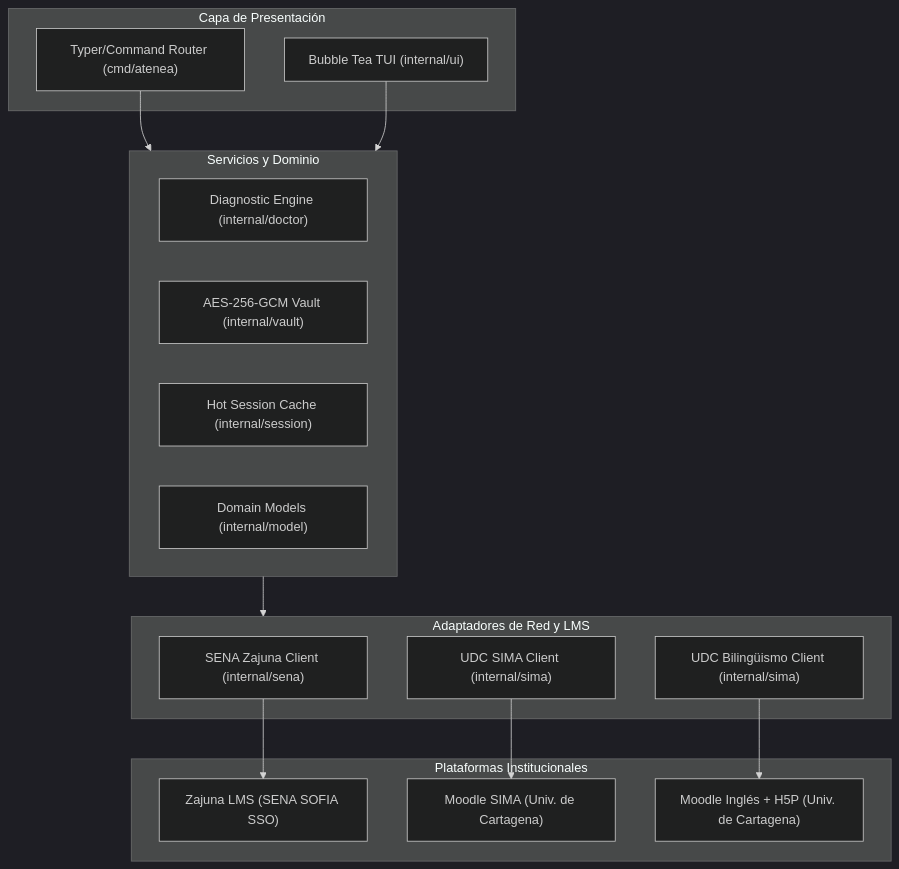
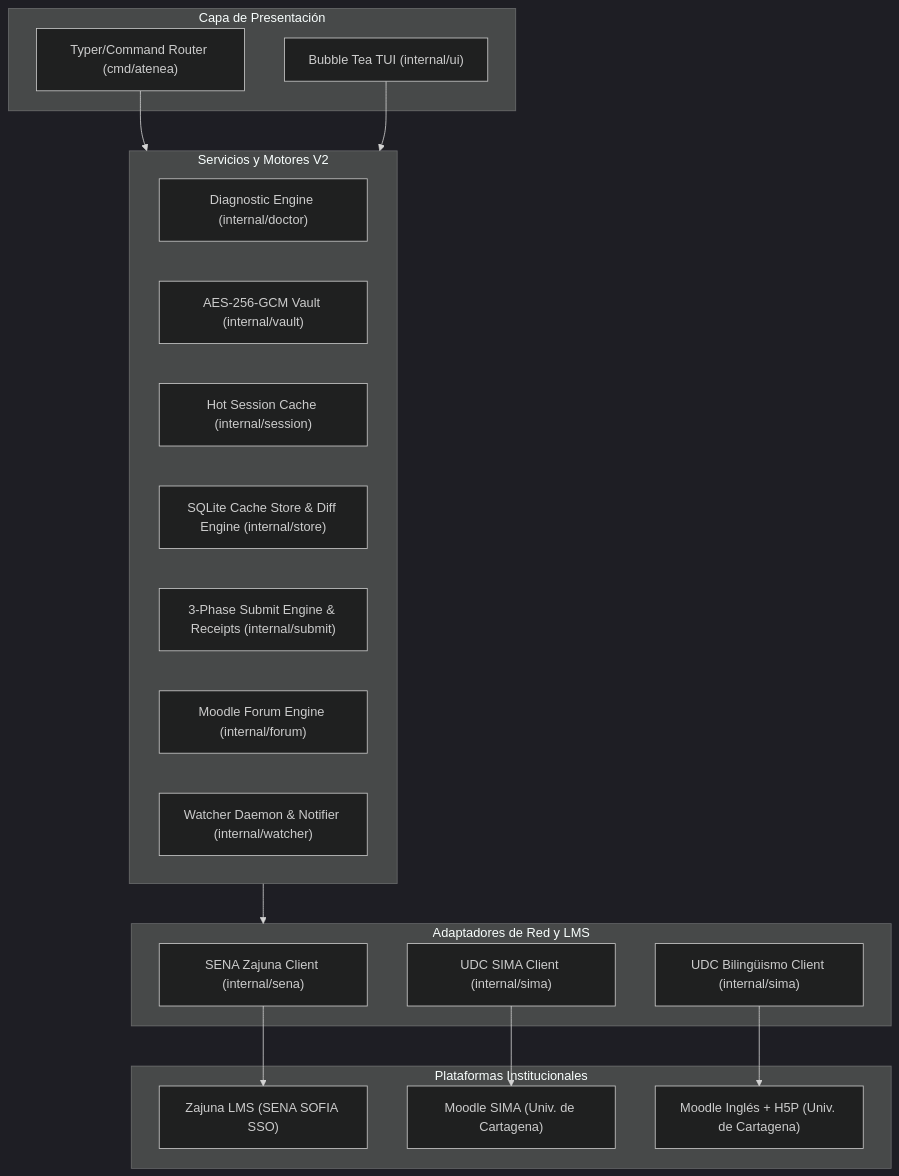
The diagram in README.md (e12jassir/atenea), drawn with Mermaid (dark theme) before and after one commit. The commit also changed other lines of this file and 17 other files, not shown here.

Commit message:
feat(v2): implement sqlite cache store, submit engine, forum cli, and watcher daemon

````diff
--- a/README.md
+++ b/README.md
@@ -36,33 +36,36 @@
 ```mermaid
 graph TD
     subgraph CLI_TUI ["Capa de Presentación"]
         CLI["Typer/Command Router (cmd/atenea)"]
         TUI["Bubble Tea TUI (internal/ui)"]
     end
 
-    subgraph Core_Services ["Servicios y Dominio"]
+    subgraph Core_Services ["Servicios y Motores V2"]
         Doctor["Diagnostic Engine (internal/doctor)"]
         Vault["AES-256-GCM Vault (internal/vault)"]
         SessionStore["Hot Session Cache (internal/session)"]
-        Models["Domain Models (internal/model)"]
+        SQLiteStore["SQLite Cache Store & Diff Engine (internal/store)"]
+        SubmitEngine["3-Phase Submit Engine & Receipts (internal/submit)"]
+        ForumEngine["Moodle Forum Engine (internal/forum)"]
+        Watcher["Watcher Daemon & Notifier (internal/watcher)"]
     end
 
     subgraph LMS_Adapters ["Adaptadores de Red y LMS"]
         SENAClient["SENA Zajuna Client (internal/sena)"]
         SIMAClient["UDC SIMA Client (internal/sima)"]
         InglesClient["UDC Bilingüismo Client (internal/sima)"]
     end
 
     subgraph Institutional_Platforms ["Plataformas Institucionales"]
         Zajuna["Zajuna LMS (SENA SOFIA SSO)"]
         SIMA["Moodle SIMA (Univ. de Cartagena)"]
         Ingles["Moodle Inglés + H5P (Univ. de Cartagena)"]
     end
 
     CLI --> Core_Services
     TUI --> Core_Services
     Core_Services --> LMS_Adapters
     SENAClient --> Zajuna
     SIMAClient --> SIMA
     InglesClient --> Ingles
 ```
````
